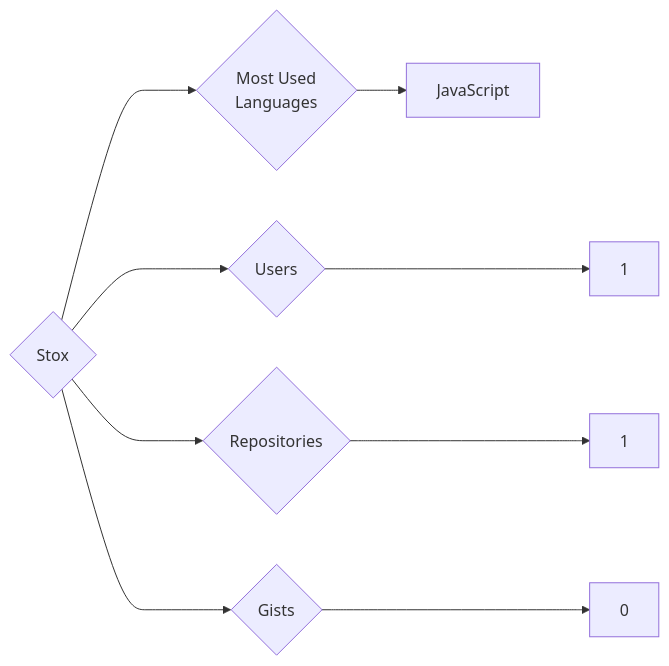
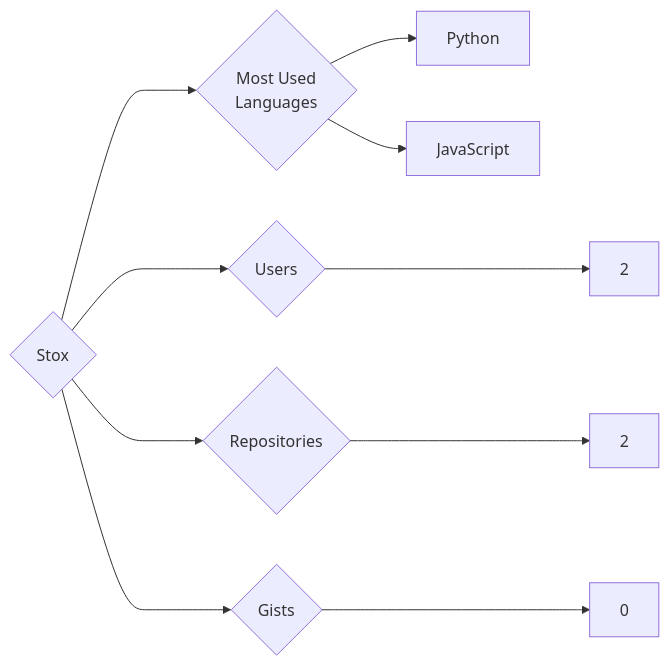
The diagram in targets/Stox/README.md (trickest/insiders), drawn with Mermaid before and after one commit. The commit also changed 886 other files, not shown here.

````diff
--- a/targets/Stox/README.md
+++ b/targets/Stox/README.md
@@ -3,9 +3,10 @@
 ```mermaid
 graph LR
 COMPANY_NAME{Stox}
-COMPANY_NAME ---> U{Users} ---> UN[1]
-COMPANY_NAME ---> R{Repositories} ---> RN[1]
+COMPANY_NAME ---> U{Users} ---> UN[2]
+COMPANY_NAME ---> R{Repositories} ---> RN[2]
 COMPANY_NAME ---> G{Gists} ---> GN[0]
 COMPANY_NAME ---> ML{Most Used<br>Languages}
-ML --> JavaScript
+ML --> Python[Python]
+ML --> JavaScript[JavaScript]
 ```
````
